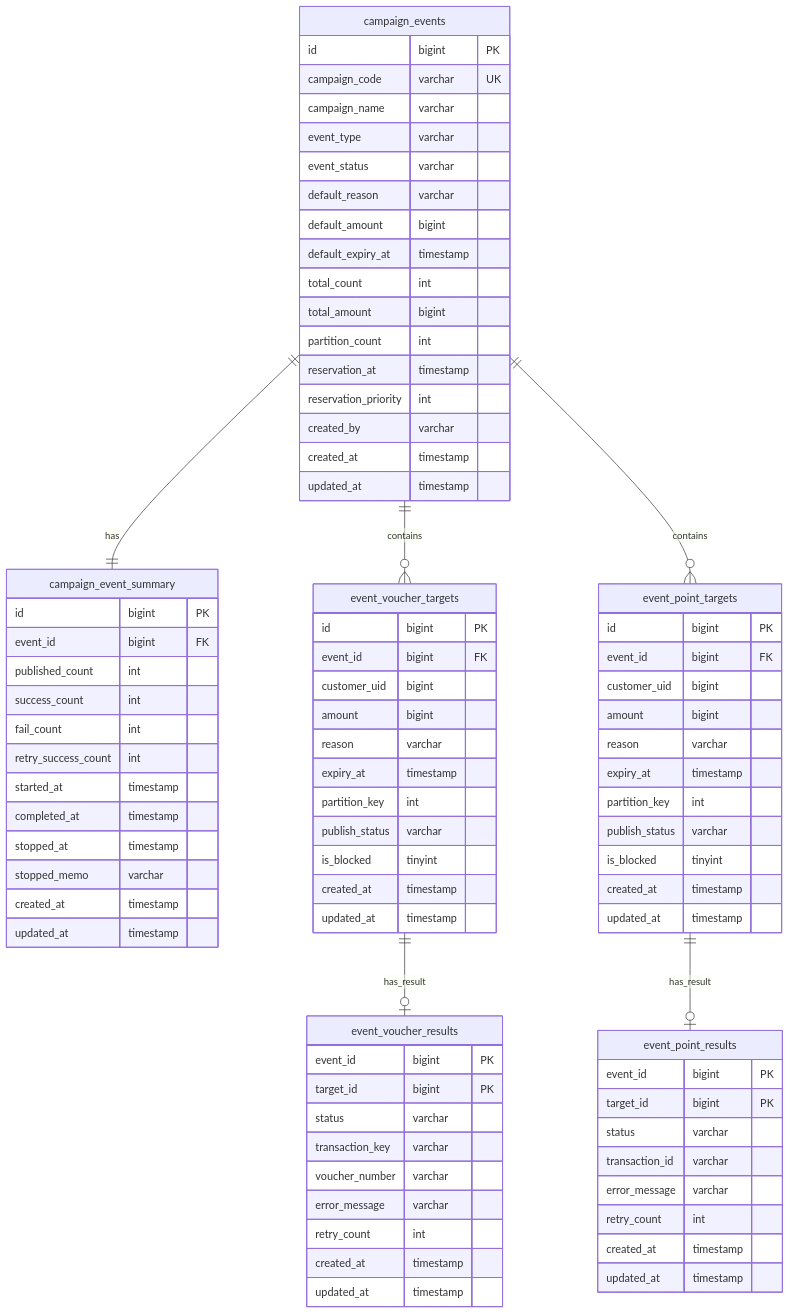
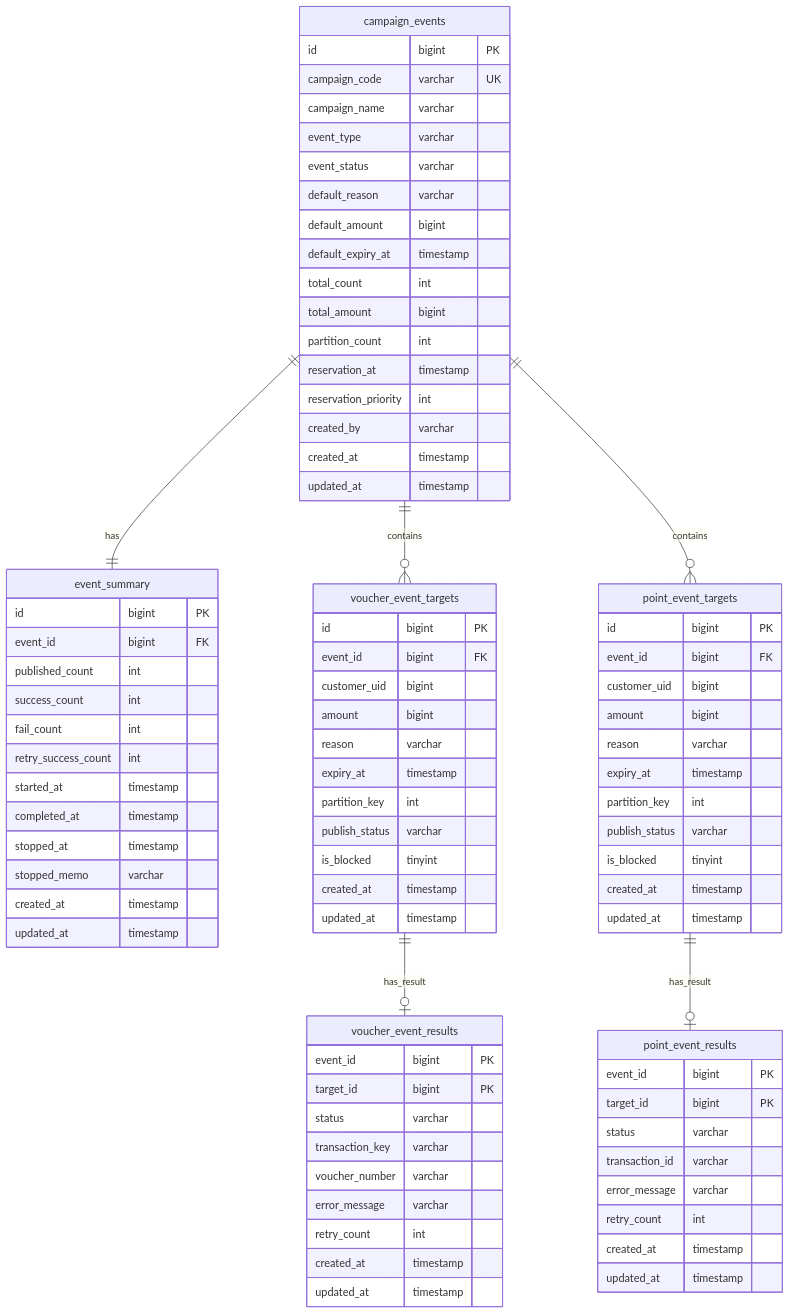
The diagram in 1. Project/2026_MP_대량 포인트 지급 시스템/03_Data Modeling.md (JiYoonKimjimmy/obsidian-vault), drawn with Mermaid before and after one commit. The commit also changed other lines of this file and 4 other files, not shown here.

````diff
--- a/1. Project/2026_MP_대량 포인트 지급 시스템/03_Data Modeling.md
+++ b/1. Project/2026_MP_대량 포인트 지급 시스템/03_Data Modeling.md
@@ -26,10 +26,10 @@
 ```mermaid
 erDiagram
-    campaign_events ||--|| campaign_event_summary : has
-    campaign_events ||--o{ event_voucher_targets : contains
-    campaign_events ||--o{ event_point_targets : contains
-    event_voucher_targets ||--o| event_voucher_results : has_result
-    event_point_targets ||--o| event_point_results : has_result
+    campaign_events ||--|| event_summary : has
+    campaign_events ||--o{ voucher_event_targets : contains
+    campaign_events ||--o{ point_event_targets : contains
+    voucher_event_targets ||--o| voucher_event_results : has_result
+    point_event_targets ||--o| point_event_results : has_result
     
     campaign_events {
         id bigint PK
@@ -50,7 +50,7 @@
         updated_at timestamp
     }
     
-    campaign_event_summary {
+    event_summary {
         id bigint PK
         event_id bigint FK
         published_count int
@@ -65,7 +65,7 @@
         updated_at timestamp
     }
     
-    event_voucher_targets {
+    voucher_event_targets {
         id bigint PK
         event_id bigint FK
         customer_uid bigint
@@ -79,7 +79,7 @@
         updated_at timestamp
     }
     
-    event_voucher_results {
+    voucher_event_results {
         event_id bigint PK
         target_id bigint PK
         status varchar
@@ -91,7 +91,7 @@
         updated_at timestamp
     }
     
-    event_point_targets {
+    point_event_targets {
         id bigint PK
         event_id bigint FK
         customer_uid bigint
@@ -105,7 +105,7 @@
         updated_at timestamp
     }
     
-    event_point_results {
+    point_event_results {
         event_id bigint PK
         target_id bigint PK
         status varchar
````
